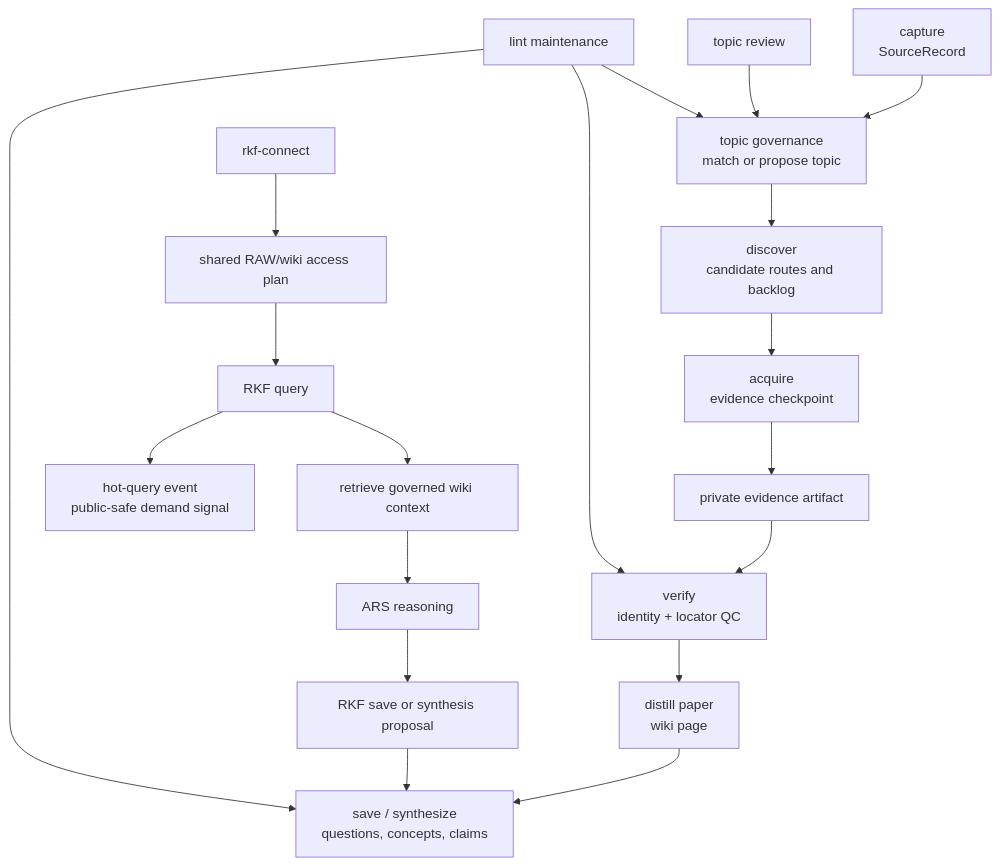
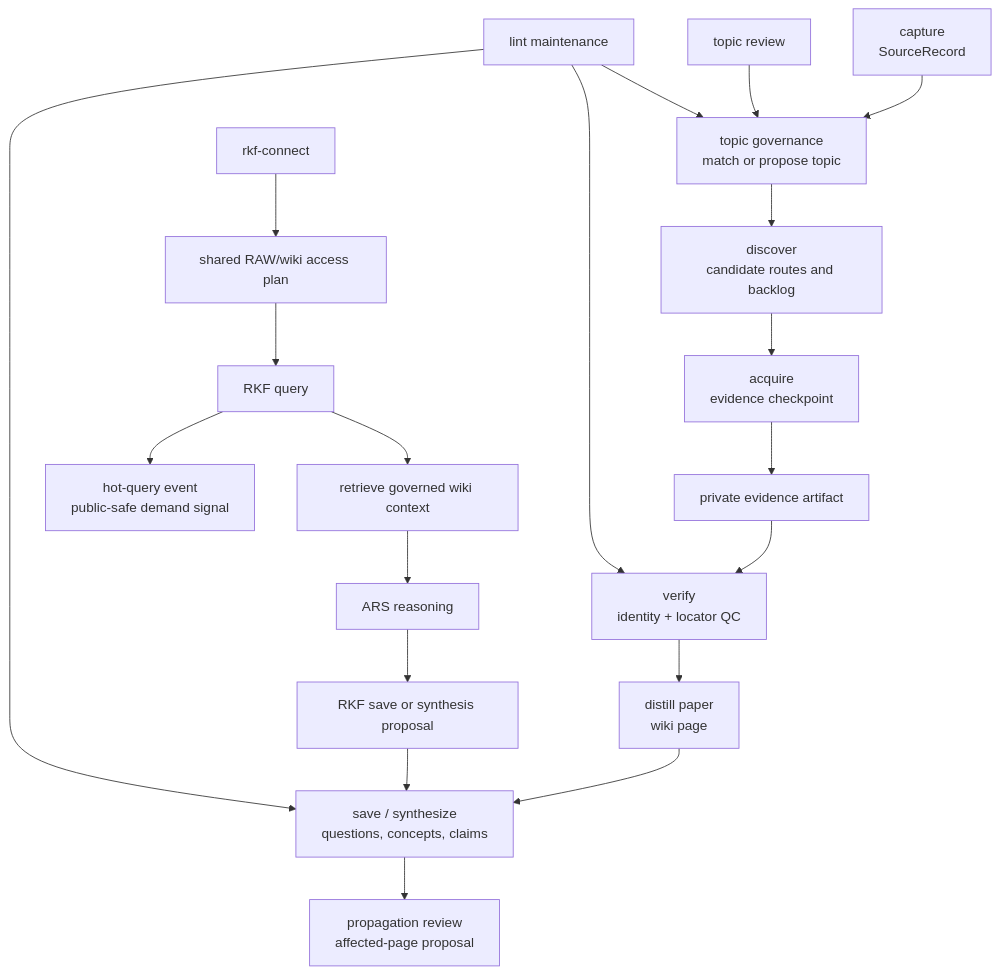
Before and after one commit to ChenHau-Lan/ResearchWiki: the diagram in docs/ARCHITECTURE.md, drawn with Mermaid. The commit also changed other lines of this file and 10 other files, not shown here.

````diff
--- a/docs/ARCHITECTURE.md
+++ b/docs/ARCHITECTURE.md
@@ -28,21 +29,22 @@
 ```mermaid
 flowchart TD
     A["capture<br/>SourceRecord"] --> B["topic governance<br/>match or propose topic"]
     B --> C["discover<br/>candidate routes and backlog"]
     C --> D["acquire<br/>evidence checkpoint"]
     D --> E["private evidence artifact"]
     E --> F["verify<br/>identity + locator QC"]
     F --> G["distill paper<br/>wiki page"]
     G --> H["save / synthesize<br/>questions, concepts, claims"]
     I["RKF query"] --> J["retrieve governed wiki context"]
     I --> Q["hot-query event<br/>public-safe demand signal"]
     J --> K["ARS reasoning"]
     K --> L["RKF save or synthesis proposal"]
     L --> H
+    H --> R["propagation review<br/>affected-page proposal"]
     M["lint maintenance"] --> B
     M --> F
     M --> H
     N["topic review"] --> B
     O["rkf-connect"] --> P["shared RAW/wiki access plan"]
     P --> I
 ```
````
